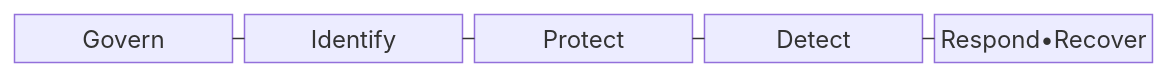
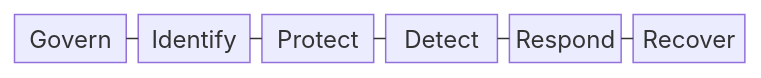
One commit to agnusdei1207/knowledge-base changed the first of 2 diagrams in src/content/docs/notes/07-law-policy/037_nist_csf_2_0.md. Above: the diagram before and after it, drawn with Mermaid. The commit also changed other lines of this file and 20 other files, not shown here.

````diff
--- a/src/content/docs/notes/07-law-policy/037_nist_csf_2_0.md
+++ b/src/content/docs/notes/07-law-policy/037_nist_csf_2_0.md
@@ -68,9 +69,10 @@
 ```mermaid
 block-beta
-    columns 5
-    G["Govern"] I["Identify"] P["Protect"] D["Detect"] R["Respond•Recover"]
+    columns 6
+    G["Govern"] I["Identify"] P["Protect"] D["Detect"] R["Respond"] C["Recover"]
     G --- I
     I --- P
     P --- D
     D --- R
+    R --- C
 ```
````
